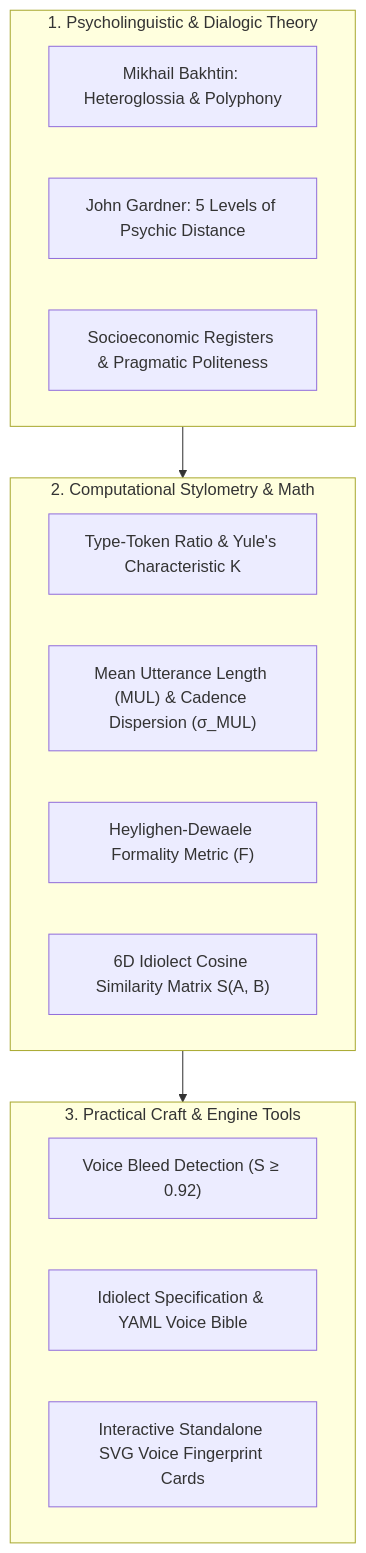
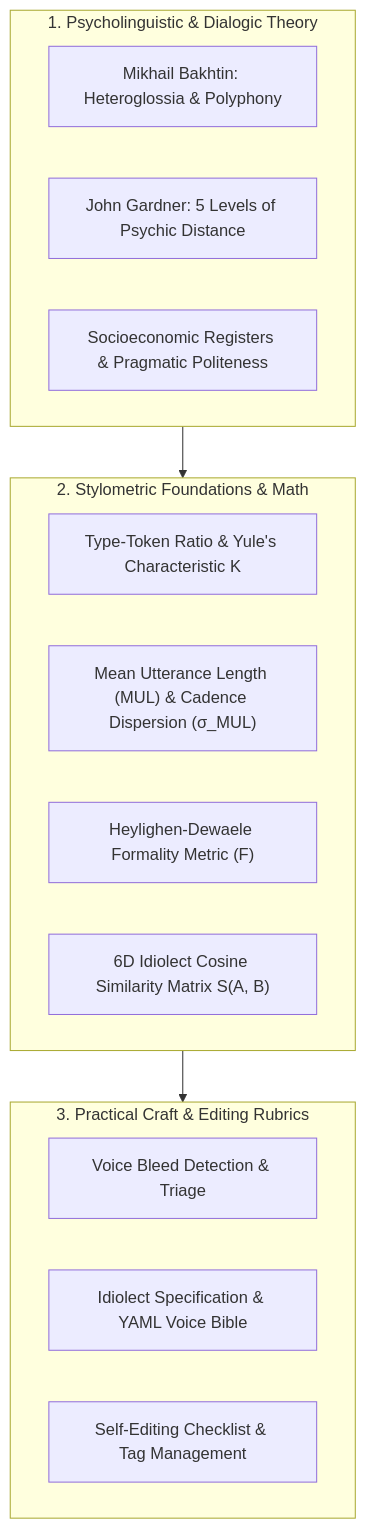
One commit to aryansinghnagar/Ars-Arcanum changed the first of 3 diagrams in docs/VOICE.md. Above: the diagram before and after it, drawn with Mermaid. The commit also changed other lines of this file and 12 other files, not shown here.

First line of the commit message:
docs: transform pruned engine specifications into author craft masterclasses

````diff
--- a/docs/VOICE.md
+++ b/docs/VOICE.md
@@ -12,23 +12,23 @@
 ```mermaid
 flowchart TD
     subgraph Psycholinguistics["1. Psycholinguistic & Dialogic Theory"]
         Bakhtin["Mikhail Bakhtin: Heteroglossia & Polyphony"]
         Gardner["John Gardner: 5 Levels of Psychic Distance"]
         Sociolect["Socioeconomic Registers & Pragmatic Politeness"]
     end
 
-    subgraph Stylometry["2. Computational Stylometry & Math"]
+    subgraph Stylometry["2. Stylometric Foundations & Math"]
         TTR["Type-Token Ratio & Yule's Characteristic K"]
         MUL["Mean Utterance Length (MUL) & Cadence Dispersion (σ_MUL)"]
         Formality["Heylighen-Dewaele Formality Metric (F)"]
         Cosine["6D Idiolect Cosine Similarity Matrix S(A, B)"]
     end
 
-    subgraph PracticalCraft["3. Practical Craft & Engine Tools"]
-        BleedCheck["Voice Bleed Detection (S ≥ 0.92)"]
+    subgraph PracticalCraft["3. Practical Craft & Editing Rubrics"]
+        BleedCheck["Voice Bleed Detection & Triage"]
         VoiceBible["Idiolect Specification & YAML Voice Bible"]
-        SVGCards["Interactive Standalone SVG Voice Fingerprint Cards"]
+        EditorialRubric["Self-Editing Checklist & Tag Management"]
     end
 
     Psycholinguistics --> Stylometry --> PracticalCraft
 ```
````
